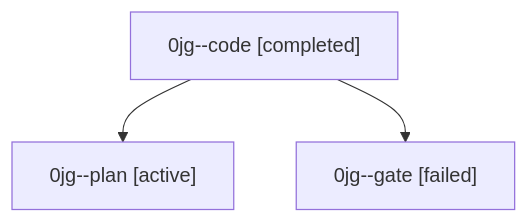
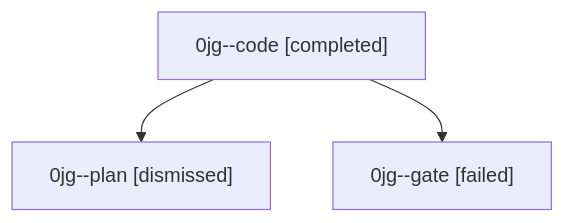
One commit to sase-org/sase--agents changed the diagram in sessions/bbugyi200.athena.0jg.md. Above: the diagram before and after it, drawn with Mermaid. The commit also changed other lines of this file and 29 other files, not shown here.

````diff
--- a/sessions/bbugyi200.athena.0jg.md
+++ b/sessions/bbugyi200.athena.0jg.md
@@ -9,8 +9,8 @@
 ```mermaid
 flowchart TD
   n0["0jg--code [completed]"]
-  n1["0jg--plan [active]"]
+  n1["0jg--plan [dismissed]"]
   n0 --> n1
   n2["0jg--gate [failed]"]
   n0 --> n2
 ```
````
